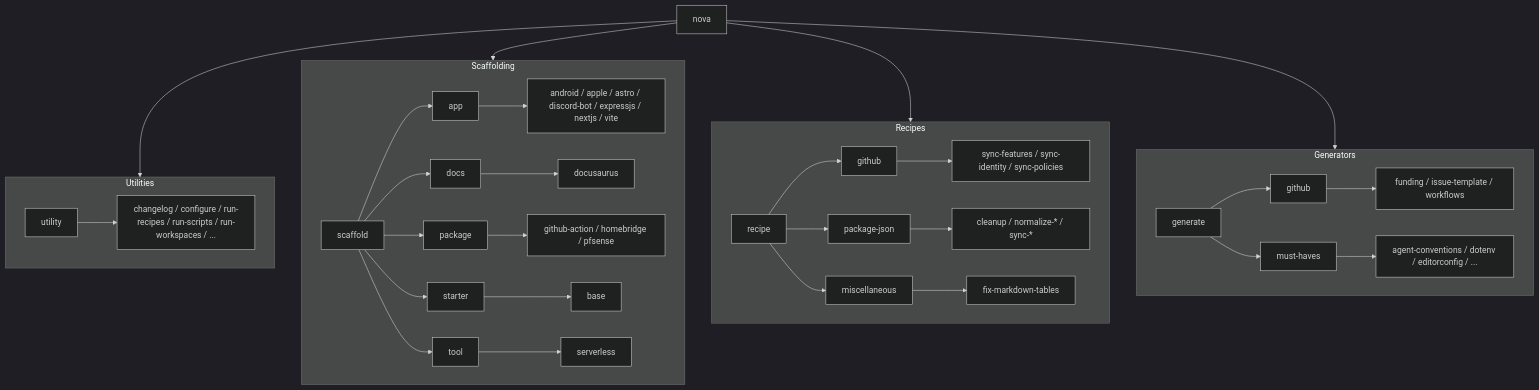
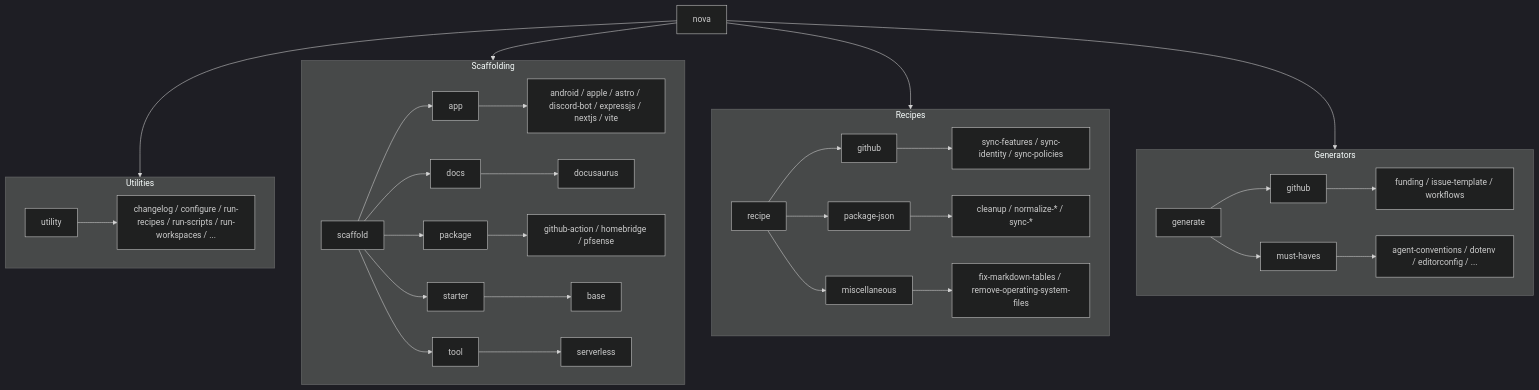
One commit to cbnventures/nova changed the diagram in apps/docs/docs/cli/index.mdx. Above: the diagram before and after it, drawn with Mermaid (dark theme). The commit also changed other lines of this file and 102 other files, not shown here.

Commit message:
Add operating-system cleanup, harden Windows tooling, and repair release stamping

````diff
--- a/apps/docs/docs/cli/index.mdx
+++ b/apps/docs/docs/cli/index.mdx
@@ -61,34 +61,34 @@
 ```mermaid
 flowchart TD
     CLI[nova] --> GEN[generate]
     CLI --> RCP[recipe]
     CLI --> SCAF[scaffold]
     CLI --> UTIL[utility]
 
     subgraph Generators
         direction LR
         GEN --> GH[github] --> GH1[funding / issue-template / workflows]
         GEN --> MUST[must-haves] --> MUST1[agent-conventions / dotenv / editorconfig / ...]
     end
 
     subgraph Recipes
         direction LR
         RCP --> GHR[github] --> GHR1[sync-features / sync-identity / sync-policies]
         RCP --> PKG[package-json] --> PKG1[cleanup / normalize-* / sync-*]
-        RCP --> MISC[miscellaneous] --> MISC1[fix-markdown-tables]
+        RCP --> MISC[miscellaneous] --> MISC1[fix-markdown-tables / remove-operating-system-files]
     end
 
     subgraph Scaffolding
         direction LR
         SCAF --> APP[app] --> APP1[android / apple / astro / discord-bot / expressjs / nextjs / vite]
         SCAF --> DOCS[docs] --> DOCS1[docusaurus]
         SCAF --> PACKAGE[package] --> PACKAGE1[github-action / homebridge / pfsense]
         SCAF --> START[starter] --> START1[base]
         SCAF --> TOOL[tool] --> TOOL1[serverless]
     end
 
     subgraph Utilities
         direction LR
         UTIL --> UTIL1[changelog / configure / run-recipes / run-scripts / run-workspaces / ...]
     end
 ```
````
